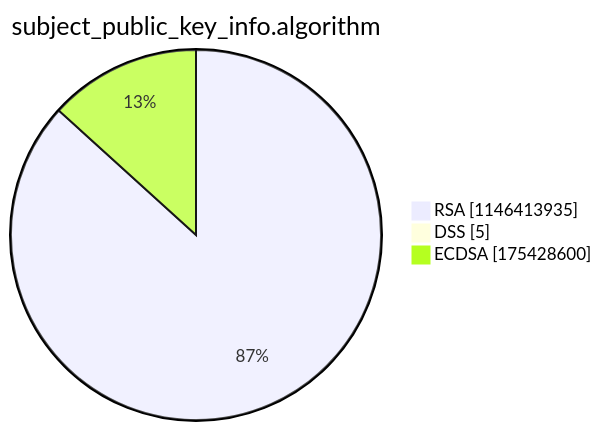
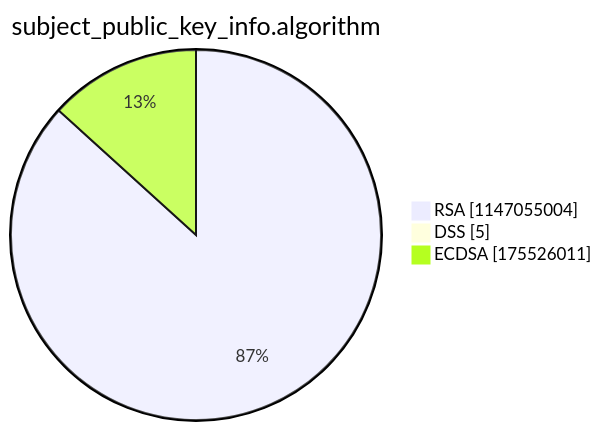
The third of 15 diagrams in argon2022/README.md (christiankrug/ctmonitor_visualization), drawn with Mermaid before and after one commit. The commit also changed other lines of this file, not shown here.

````diff
--- a/argon2022/README.md
+++ b/argon2022/README.md
@@ -14,7 +14,7 @@
 ```mermaid
 pie showData
 title subject_public_key_info.algorithm
-"RSA" :1146413935
+"RSA" :1147055004
 "DSS" :5
-"ECDSA" :175428600
+"ECDSA" :175526011
 ```
````
